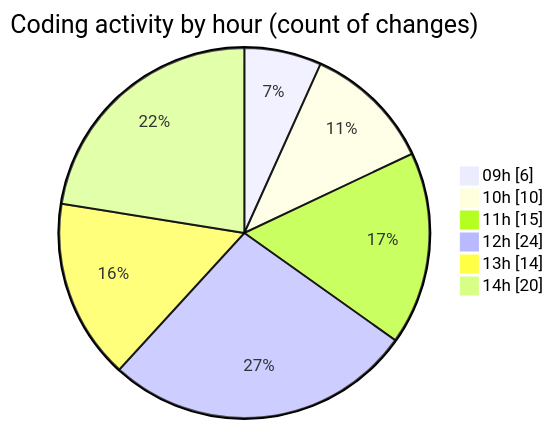
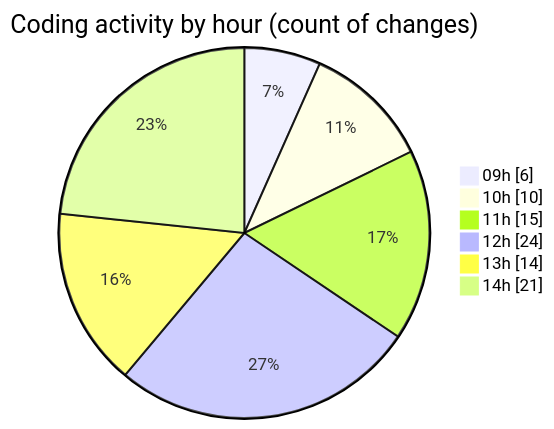
Before and after one commit to momahboobian/code-tracking: the second of 2 diagrams in 2025-06-04/cda/README.md, drawn with Mermaid. The commit also changed other lines of this file and 1 other file, not shown here.

````diff
--- a/2025-06-04/cda/README.md
+++ b/2025-06-04/cda/README.md
@@ -37,10 +38,10 @@
 ```mermaid
 pie showData
 title Coding activity by hour (count of changes)
 "09h" : 6
 "10h" : 10
 "11h" : 15
 "12h" : 24
 "13h" : 14
-"14h" : 20
+"14h" : 21
 ```
````
